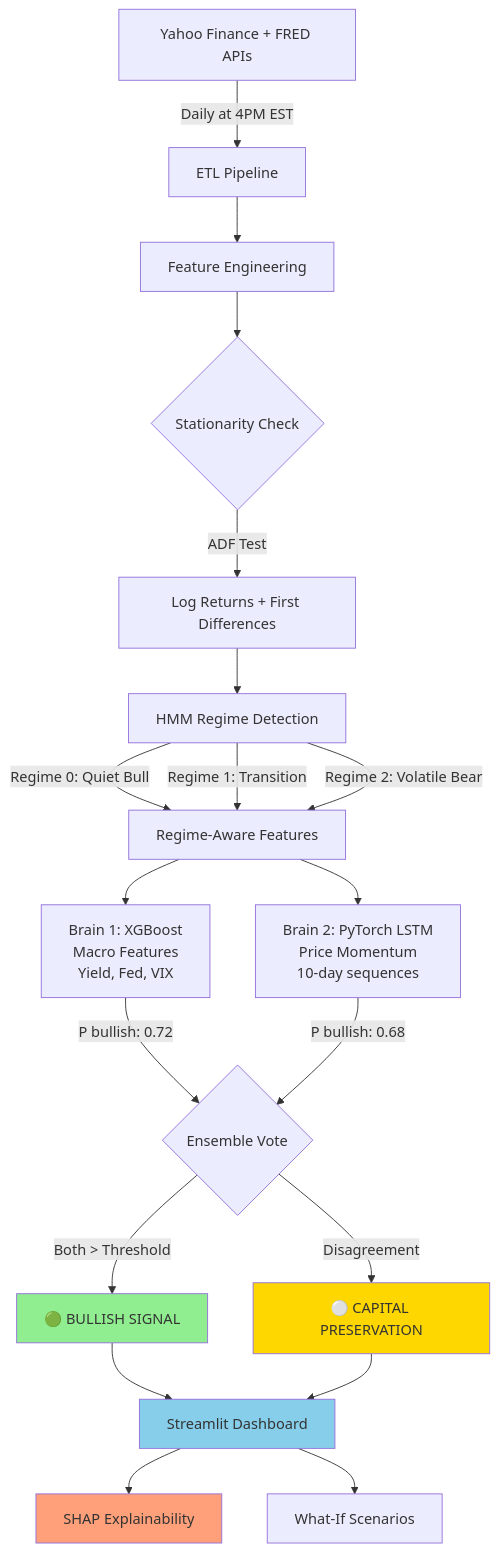
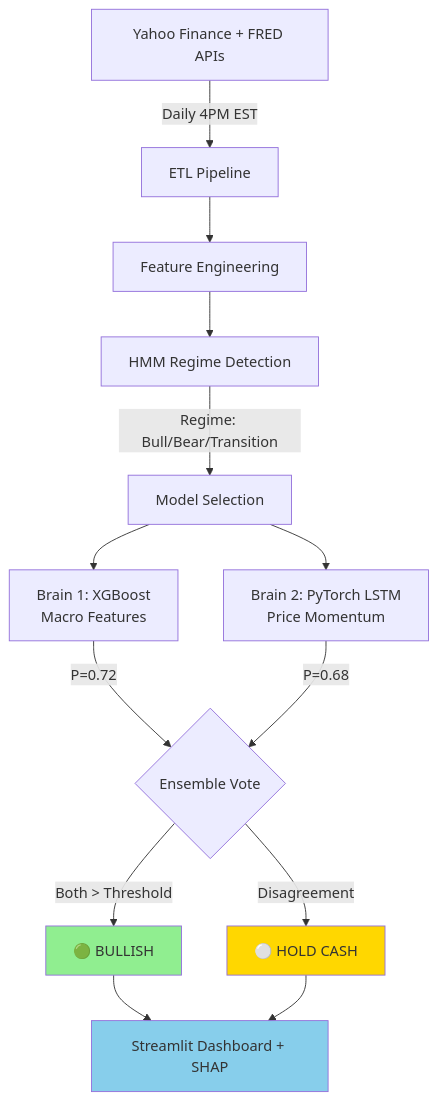
Before and after one commit to samf0rd/macro_alpha: the diagram in README.md, drawn with Mermaid. The commit also changed other lines of this file, not shown here.

````diff
--- a/README.md
+++ b/README.md
@@ -103,31 +73,24 @@
 ```mermaid
 flowchart TD
-    A[Yahoo Finance + FRED APIs] -->|Daily at 4PM EST| B[ETL Pipeline]
+    A[Yahoo Finance + FRED APIs] -->|Daily 4PM EST| B[ETL Pipeline]
     B --> C[Feature Engineering]
-    C --> D{Stationarity Check}
-    D -->|ADF Test| E[Log Returns + First Differences]
+    C --> D[HMM Regime Detection]
     
-    E --> F[HMM Regime Detection]
-    F -->|Regime 0: Quiet Bull| G[Regime-Aware Features]
-    F -->|Regime 1: Transition| G
-    F -->|Regime 2: Volatile Bear| G
+    D -->|Regime: Bull/Bear/Transition| E[Model Selection]
     
-    G --> H[Brain 1: XGBoost<br/>Macro Features<br/>Yield, Fed, VIX]
-    G --> I[Brain 2: PyTorch LSTM<br/>Price Momentum<br/>10-day sequences]
+    E --> F[Brain 1: XGBoost<br/>Macro Features]
+    E --> G[Brain 2: PyTorch LSTM<br/>Price Momentum]
     
-    H -->|P bullish: 0.72| J{Ensemble Vote}
-    I -->|P bullish: 0.68| J
+    F -->|P=0.72| H{Ensemble Vote}
+    G -->|P=0.68| H
     
-    J -->|Both > Threshold| K[🟢 BULLISH SIGNAL]
-    J -->|Disagreement| L[⚪ CAPITAL PRESERVATION]
+    H -->|Both > Threshold| I[🟢 BULLISH]
+    H -->|Disagreement| J[⚪ HOLD CASH]
     
-    K --> M[Streamlit Dashboard]
-    L --> M
-    M --> N[SHAP Explainability]
-    M --> O[What-If Scenarios]
+    I --> K[Streamlit Dashboard + SHAP]
+    J --> K
     
-    style K fill:#90EE90
-    style L fill:#FFD700
-    style M fill:#87CEEB
-    style N fill:#FFA07A
+    style I fill:#90EE90
+    style J fill:#FFD700
+    style K fill:#87CEEB
 ```
````
